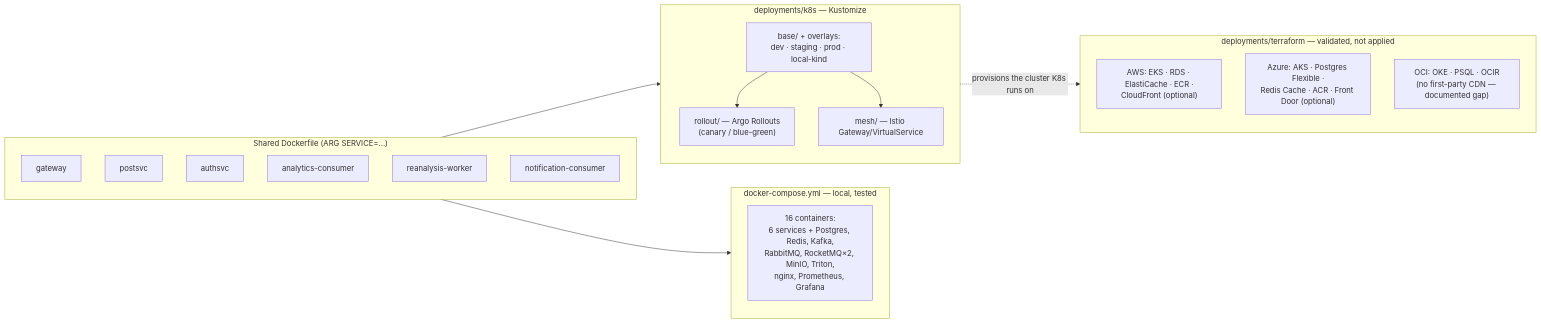
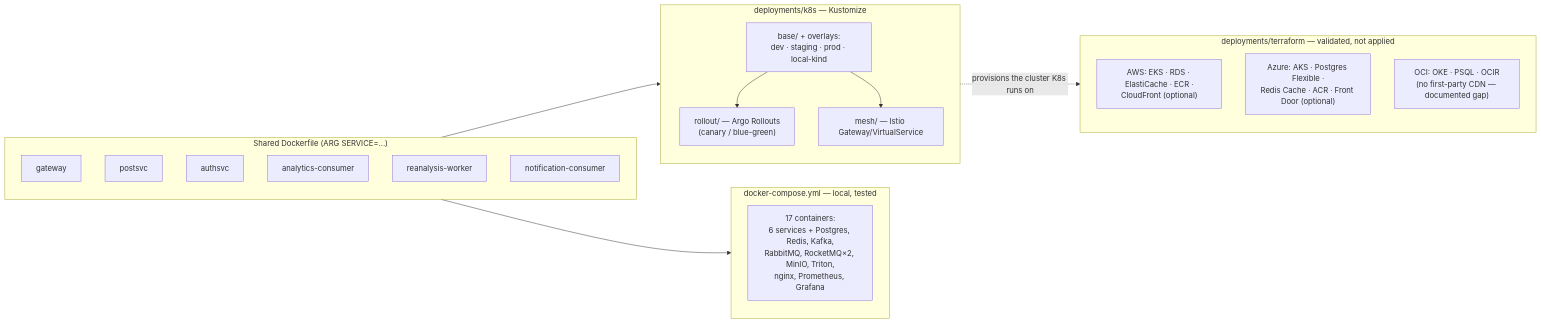
Before and after one commit to hoangsonww/Post-Analyzer-Webserver: the ninth of 9 diagrams in ARCHITECTURE.md, drawn with Mermaid. The commit also changed other lines of this file and 13 other files, not shown here.

````diff
--- a/ARCHITECTURE.md
+++ b/ARCHITECTURE.md
@@ -147,36 +324,36 @@
 ```mermaid
 flowchart LR
     subgraph Images["Shared Dockerfile (ARG SERVICE=...)"]
         I1["gateway"]
         I2["postsvc"]
         I3["authsvc"]
         I4["analytics-consumer"]
         I5["reanalysis-worker"]
         I6["notification-consumer"]
     end
 
     subgraph Compose["docker-compose.yml — local, tested"]
         direction TB
-        C1["16 containers:<br/>6 services + Postgres, Redis, Kafka,<br/>RabbitMQ, RocketMQ×2, MinIO, Triton,<br/>nginx, Prometheus, Grafana"]
+        C1["17 containers:<br/>6 services + Postgres, Redis, Kafka,<br/>RabbitMQ, RocketMQ×2, MinIO, Triton,<br/>nginx, Prometheus, Grafana"]
     end
 
     subgraph K8s["deployments/k8s — Kustomize"]
         direction TB
         K1["base/ + overlays:<br/>dev · staging · prod · local-kind"]
         K2["rollout/ — Argo Rollouts<br/>(canary / blue-green)"]
         K3["mesh/ — Istio Gateway/VirtualService"]
         K1 --> K2
         K1 --> K3
     end
 
     subgraph TF["deployments/terraform — validated, not applied"]
         direction TB
         T1["AWS: EKS · RDS · ElastiCache · ECR ·<br/>CloudFront (optional)"]
         T2["Azure: AKS · Postgres Flexible ·<br/>Redis Cache · ACR · Front Door (optional)"]
         T3["OCI: OKE · PSQL · OCIR<br/>(no first-party CDN — documented gap)"]
     end
 
     Images --> Compose
     Images --> K8s
     K8s -.->|provisions the cluster K8s runs on| TF
 ```
````
